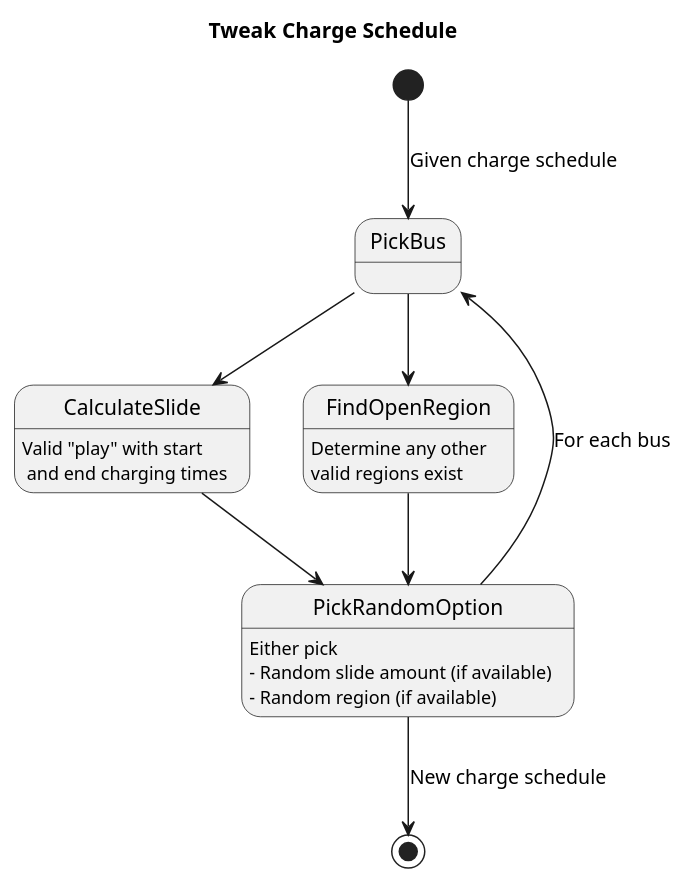
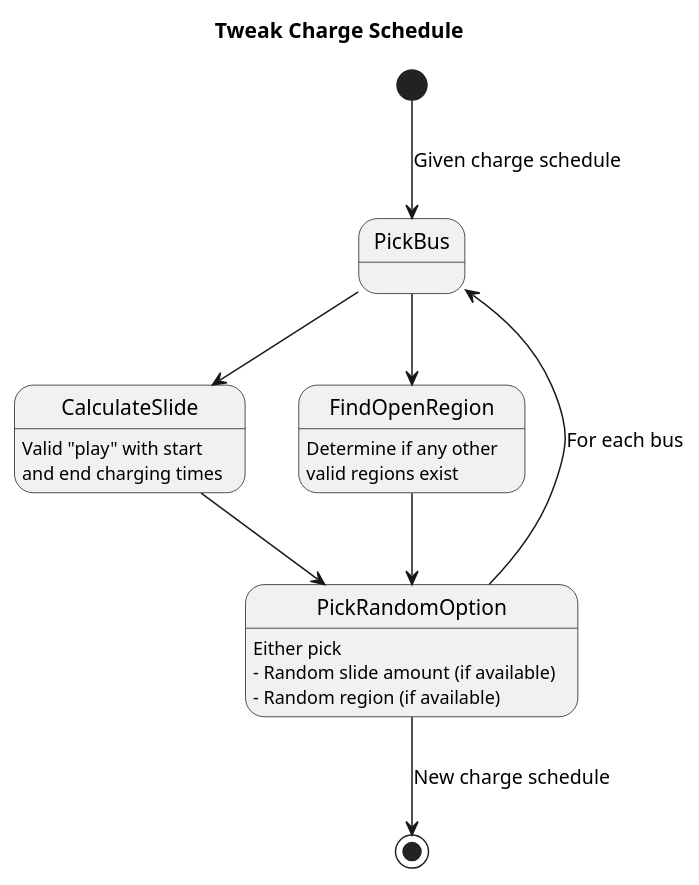
Before and after one commit to alexb7711/sa-pap: the diagram in uml/charge_tweak.puml, drawn with PlantUML. The commit also changed 6 other files, not shown here.

```diff
--- a/uml/charge_tweak.puml
+++ b/uml/charge_tweak.puml
@@ -1,24 +1,24 @@
 @startuml
 title Tweak Charge Schedule
 
 [*] --> PickBus : Given charge schedule
 
 ' Slide
 PickBus --> CalculateSlide
-CalculateSlide : Valid "play" with start \n and end charging times
+CalculateSlide : Valid "play" with start \nand end charging times
 
 CalculateSlide --> PickRandomOption
 
 ' Region
 PickBus --> FindOpenRegion
-FindOpenRegion : Determine any other \nvalid regions exist
+FindOpenRegion : Determine if any other \nvalid regions exist
 
 FindOpenRegion --> PickRandomOption
 PickRandomOption : Either pick
 PickRandomOption : - Random slide amount (if available)
 PickRandomOption : - Random region (if available)
 
 PickRandomOption --> PickBus : For each bus
 PickRandomOption --> [*] : New charge schedule
 
 @enduml
```
